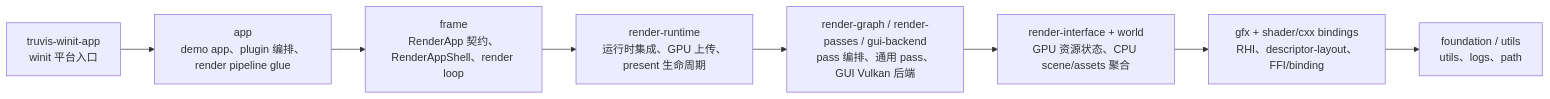
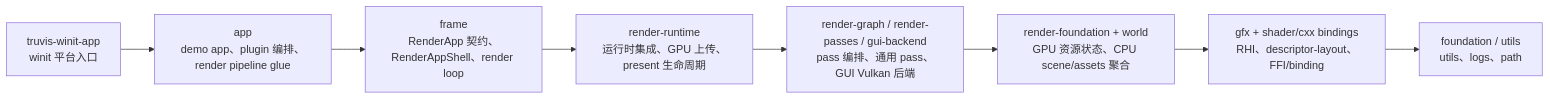
Before and after one commit to acccoco/TruvisRenderer: the second of 7 diagrams in ARCHITECTURE.md, drawn with Mermaid. The commit also changed other lines of this file and 61 other files, not shown here.

````diff
--- a/ARCHITECTURE.md
+++ b/ARCHITECTURE.md
@@ -33,13 +33,13 @@
 ```mermaid
 flowchart LR
     Foundation["foundation / utils<br/>utils、logs、path"]
     Gfx["gfx + shader/cxx bindings<br/>RHI、descriptor-layout、FFI/binding"]
-    Core["render-interface + world<br/>GPU 资源状态、CPU scene/assets 聚合"]
+    Core["render-foundation + world<br/>GPU 资源状态、CPU scene/assets 聚合"]
     RenderDomain["render-graph / render-passes / gui-backend<br/>pass 编排、通用 pass、GUI Vulkan 后端"]
     Runtime["render-runtime<br/>运行时集成、GPU 上传、present 生命周期"]
     Frame["frame<br/>RenderApp 契约、RenderAppShell、render loop"]
     App["app<br/>demo app、plugin 编排、render pipeline glue"]
     Platform["truvis-winit-app<br/>winit 平台入口"]
 
     Platform --> App --> Frame --> Runtime --> RenderDomain --> Core --> Gfx --> Foundation
 ```
````
